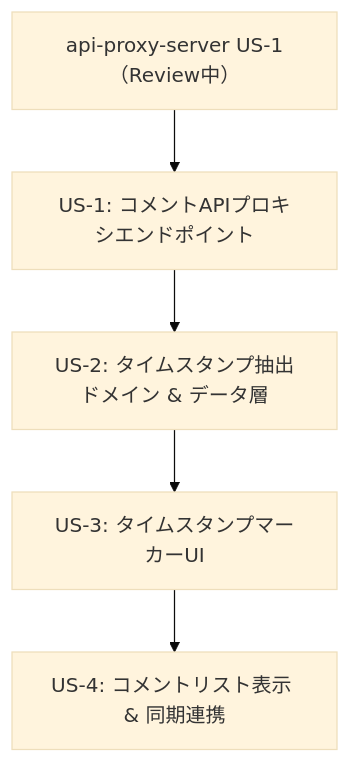
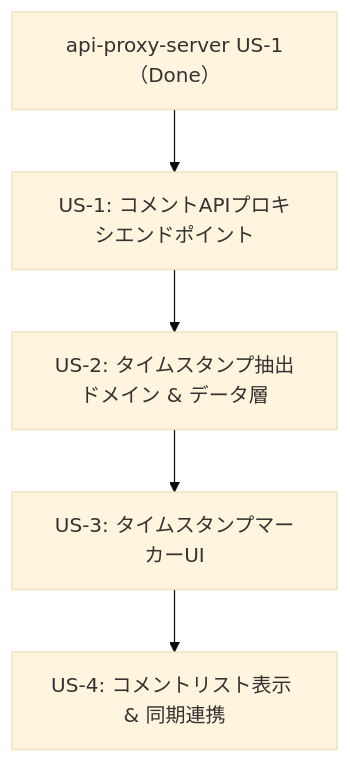
Before and after one commit to saki0000/collab-stream: the second of 2 diagrams in implement-context/comment-timestamp-sync/EPIC.md, drawn with Mermaid (base theme). The commit also changed 1 other file, not shown here.

Commit message:
docs: KanbanからReviewカラムを廃止しPR作成=Doneに統一
Review/Doneの2段階を廃止し、PR作成時点でDoneとするシンプルなフローに変更。
- subscription EPIC.md: reviewカラム削除、US-2をdoneへ移動、テーブル更新
- comment-timestamp-sync EPIC.md: 依存図の「Review中」→「Done」に修正

````diff
--- a/implement-context/comment-timestamp-sync/EPIC.md
+++ b/implement-context/comment-timestamp-sync/EPIC.md
@@ -62,13 +62,13 @@
 ```mermaid
 graph TD
-    EXT["api-proxy-server US-1（Review中）"]
+    EXT["api-proxy-server US-1（Done）"]
     US1["US-1: コメントAPIプロキシエンドポイント"]
     US2["US-2: タイムスタンプ抽出ドメイン & データ層"]
     US3["US-3: タイムスタンプマーカーUI"]
     US4["US-4: コメントリスト表示 & 同期連携"]
 
     EXT --> US1
     US1 --> US2
     US2 --> US3
     US3 --> US4
 ```
````
